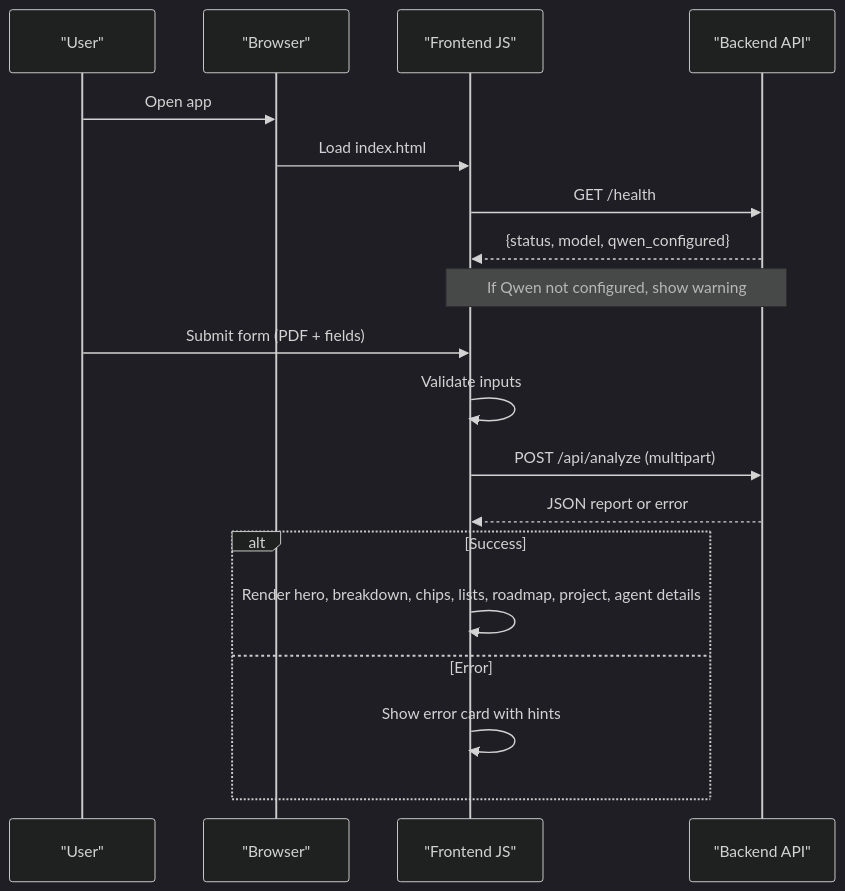
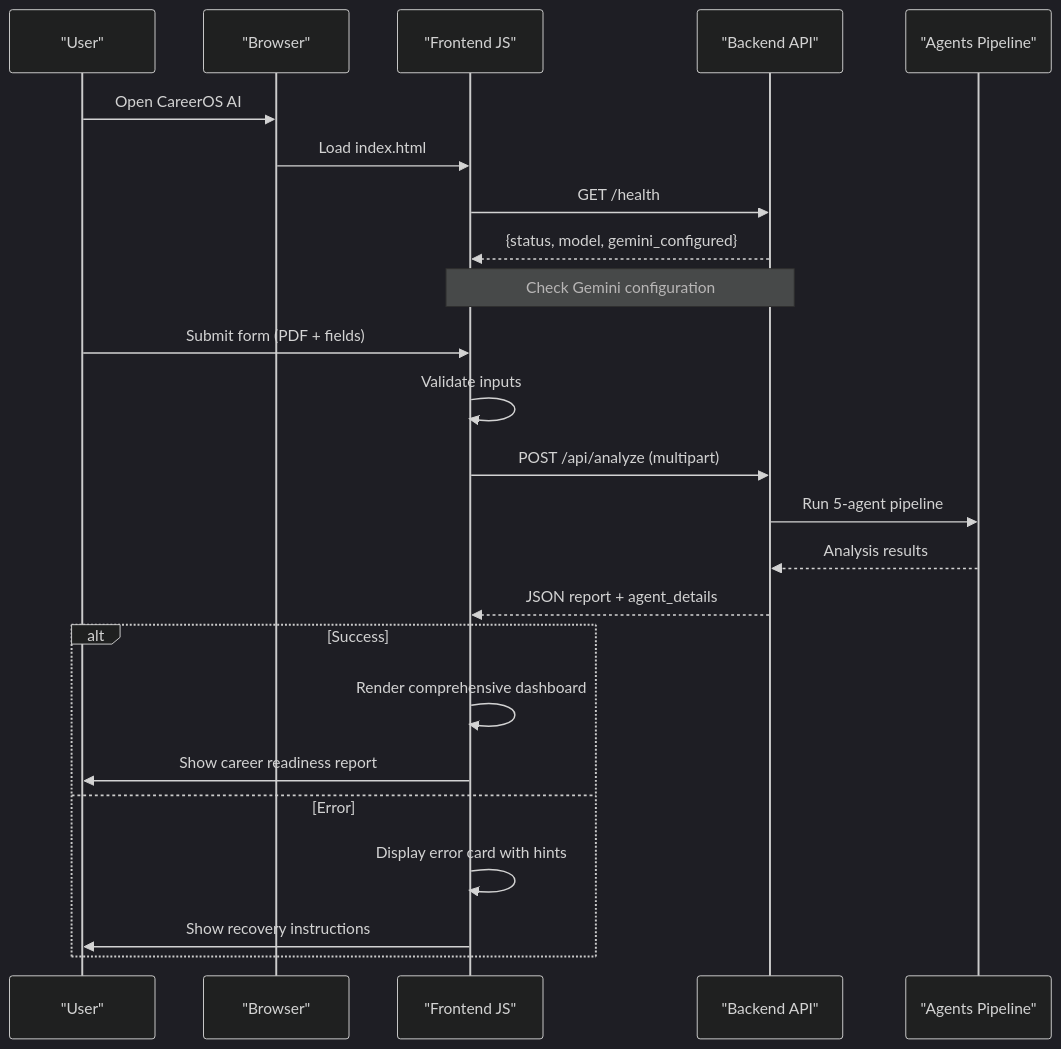
One commit to waqarimran342/CareerOS-AI changed the second of 4 diagrams in .qoder/repowiki/en/content/Frontend Interface.md. Above: the diagram before and after it, drawn with Mermaid (dark theme). The commit also changed other lines of this file and 32 other files, not shown here.

````diff
--- a/.qoder/repowiki/en/content/Frontend Interface.md
+++ b/.qoder/repowiki/en/content/Frontend Interface.md
@@ -96,21 +132,26 @@
 ```mermaid
 sequenceDiagram
 participant U as "User"
 participant B as "Browser"
 participant F as "Frontend JS"
 participant S as "Backend API"
-U->>B : Open app
+participant A as "Agents Pipeline"
+U->>B : Open CareerOS AI
 B->>F : Load index.html
 F->>S : GET /health
-S-->>F : {status, model, qwen_configured}
-Note over F,S : If Qwen not configured, show warning
+S-->>F : {status, model, gemini_configured}
+Note over F,S : Check Gemini configuration
 U->>F : Submit form (PDF + fields)
 F->>F : Validate inputs
 F->>S : POST /api/analyze (multipart)
-S-->>F : JSON report or error
+S->>A : Run 5-agent pipeline
+A-->>S : Analysis results
+S-->>F : JSON report + agent_details
 alt Success
-F->>F : Render hero, breakdown, chips, lists, roadmap, project, agent details
+F->>F : Render comprehensive dashboard
+F->>U : Show career readiness report
 else Error
-F->>F : Show error card with hints
+F->>F : Display error card with hints
+F->>U : Show recovery instructions
 end
 ```
````
